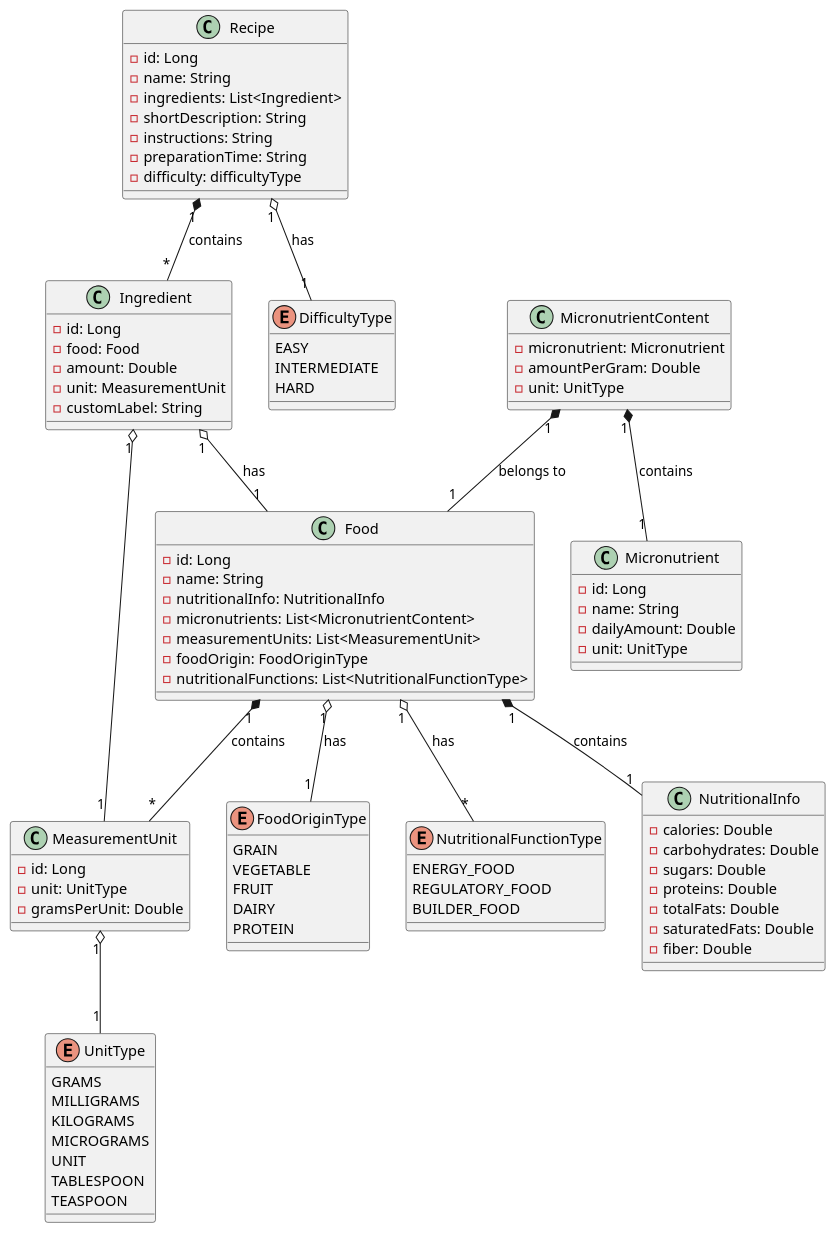
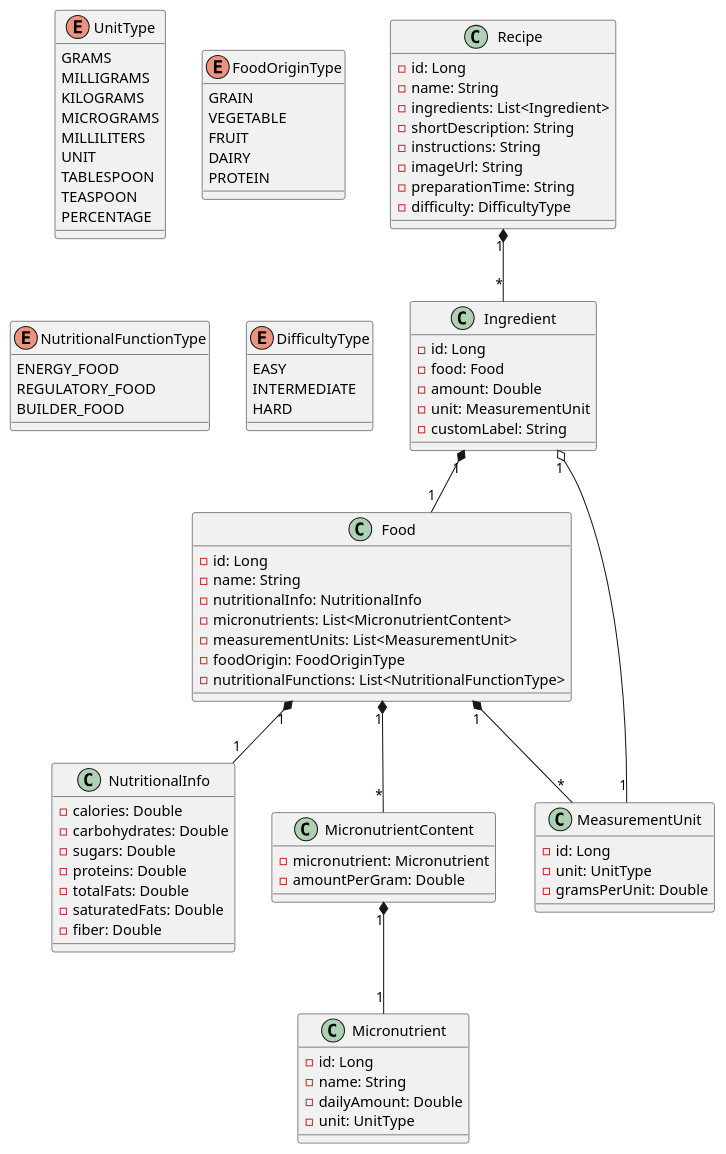
Before and after one commit to RodriLang/calorie-calculator: the diagram in src/main/resources/diagram.puml, drawn with PlantUML. The commit also changed 62 other files, not shown here.

```diff
--- a/src/main/resources/diagram.puml
+++ b/src/main/resources/diagram.puml
@@ -1,105 +1,106 @@
 @startuml
 
 class Recipe {
     - id: Long
     - name: String
     - ingredients: List<Ingredient>
     - shortDescription: String
     - instructions: String
+    - imageUrl: String
     - preparationTime: String
-    - difficulty: difficultyType
+    - difficulty: DifficultyType
 }
 
 class Ingredient {
     - id: Long
     - food: Food
     - amount: Double
     - unit: MeasurementUnit
     - customLabel: String
 }
 
 class Food {
     - id: Long
     - name: String
     - nutritionalInfo: NutritionalInfo
     - micronutrients: List<MicronutrientContent>
     - measurementUnits: List<MeasurementUnit>
     - foodOrigin: FoodOriginType
     - nutritionalFunctions: List<NutritionalFunctionType>
 }
 
 class NutritionalInfo {
     - calories: Double
     - carbohydrates: Double
     - sugars: Double
     - proteins: Double
     - totalFats: Double
     - saturatedFats: Double
     - fiber: Double
 }
 
 class MicronutrientContent {
     - micronutrient: Micronutrient
     - amountPerGram: Double
-    - unit: UnitType
 }
 
 class Micronutrient {
     - id: Long
     - name: String
     - dailyAmount: Double
     - unit: UnitType
 }
 
 class MeasurementUnit {
     - id: Long
     - unit: UnitType
     - gramsPerUnit: Double
 }
 
+
+Ingredient "1" *-- "1" Food
+Ingredient "1" o-- "1" MeasurementUnit
+
+Recipe "1" *-- "*" Ingredient
+
+Food "1" *-- "1" NutritionalInfo
+Food "1" *-- "*" MeasurementUnit
+Food "1" *-- "*" MicronutrientContent
+
+MicronutrientContent "1" *-- "1" Micronutrient
+
+
+
 enum UnitType {
     GRAMS
     MILLIGRAMS
     KILOGRAMS
     MICROGRAMS
+    MILLILITERS
     UNIT
     TABLESPOON
     TEASPOON
+    PERCENTAGE
 }
 
 enum FoodOriginType {
     GRAIN
     VEGETABLE
     FRUIT
     DAIRY
     PROTEIN
 }
 
 enum NutritionalFunctionType {
     ENERGY_FOOD
     REGULATORY_FOOD
     BUILDER_FOOD
 }
 
 enum DifficultyType {
     EASY
     INTERMEDIATE
     HARD
 }
 
-
-Ingredient "1" o-- "1" Food : has
-Food "1" *-- "1" NutritionalInfo : contains
-Food "1" o-- "1" FoodOriginType : has
-Food "1" *-- "*" MeasurementUnit : contains
-
-MicronutrientContent "1" *-- "1" Micronutrient : contains
-MicronutrientContent "1" *-- "1" Food : belongs to
-Recipe "1" *-- "*" Ingredient : contains
-
-
-Recipe "1" o-- "1" DifficultyType : has
-Ingredient "1" o-- "1" MeasurementUnit
-Food "1" o-- "*" NutritionalFunctionType : has
-MeasurementUnit "1" o--"1" UnitType
 @enduml
```
